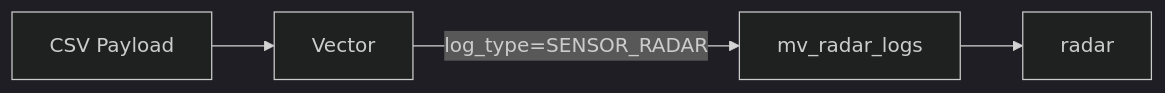
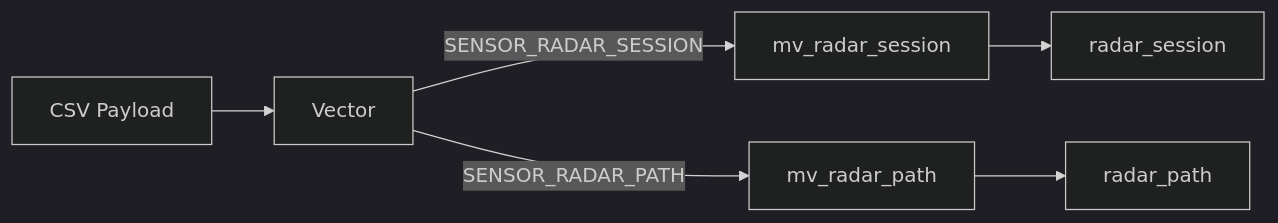
Before and after one commit to Tis1201/data_fs04: the diagram in docs/architecture/logs/LOGS_RADAR.md, drawn with Mermaid (dark theme). The commit also changed other lines of this file and 3 other files, not shown here.

Commit message:
feat: introduce SENSOR_RADAR_SESSION and SENSOR_RADAR_PATH log types with E2E test and updated documentation.

````diff
--- a/docs/architecture/logs/LOGS_RADAR.md
+++ b/docs/architecture/logs/LOGS_RADAR.md
@@ -143,6 +92,8 @@
 ```mermaid
 flowchart LR
     CSV[CSV Payload] --> Vector
-    Vector -->|log_type=SENSOR_RADAR| MV[mv_radar_logs]
-    MV --> Target[radar]
+    Vector -->|SENSOR_RADAR_SESSION| MV1[mv_radar_session]
+    Vector -->|SENSOR_RADAR_PATH| MV2[mv_radar_path]
+    MV1 --> T1[radar_session]
+    MV2 --> T2[radar_path]
 ```
````
